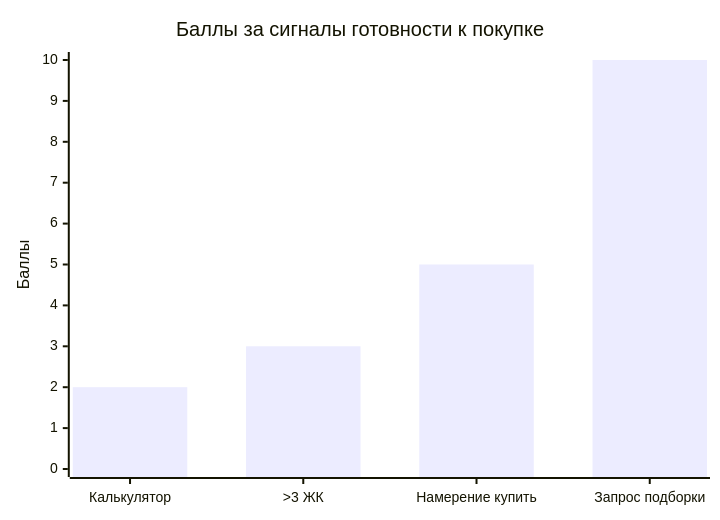
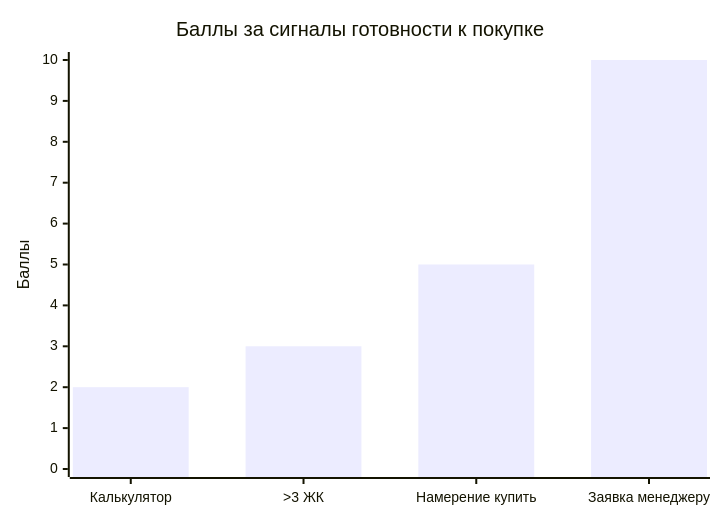
Before and after one commit to Zaynetdinova/estate_ufa: the fourth of 4 diagrams in README.md, drawn with Mermaid. The commit also changed other lines of this file and 29 other files, not shown here.

````diff
--- a/README.md
+++ b/README.md
@@ -173,7 +185,7 @@
 ```mermaid
 xychart-beta
     title "Баллы за сигналы готовности к покупке"
-    x-axis ["Калькулятор", ">3 ЖК", "Намерение купить", "Запрос подборки"]
+    x-axis ["Калькулятор", ">3 ЖК", "Намерение купить", "Заявка менеджеру"]
     y-axis "Баллы" 0 --> 10
     bar [2, 3, 5, 10]
 ```
````
